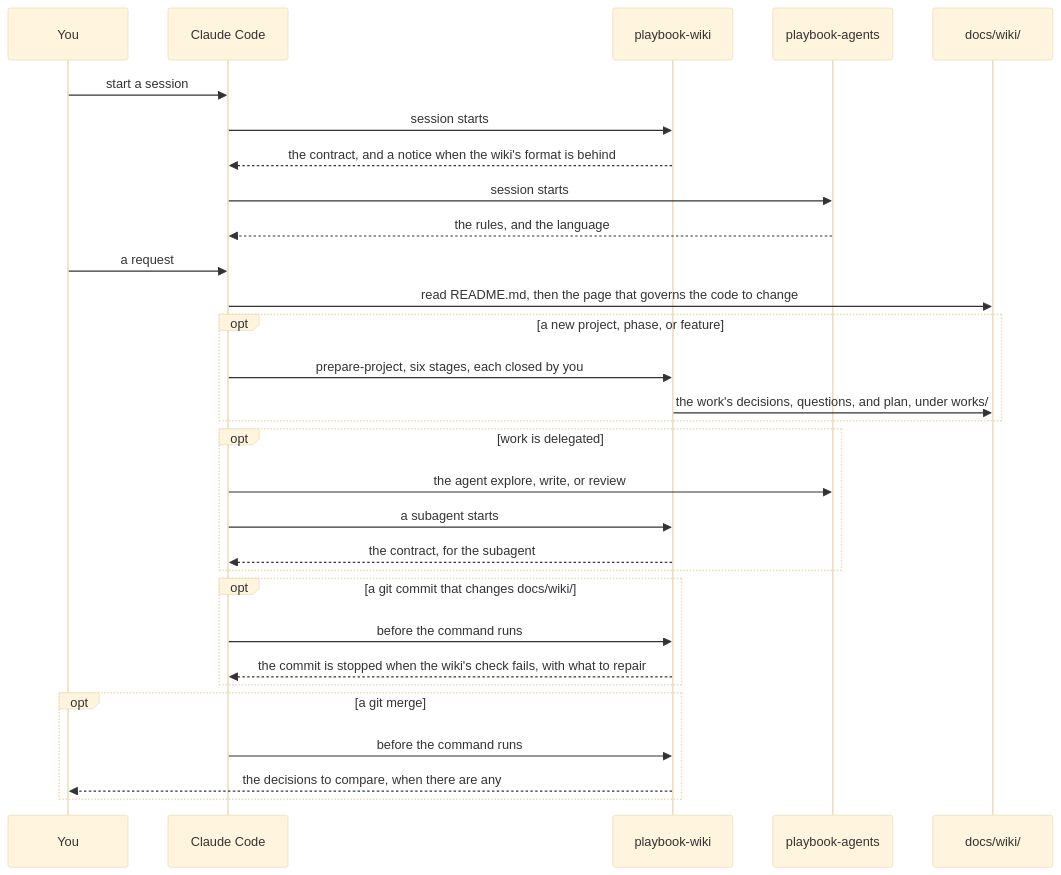
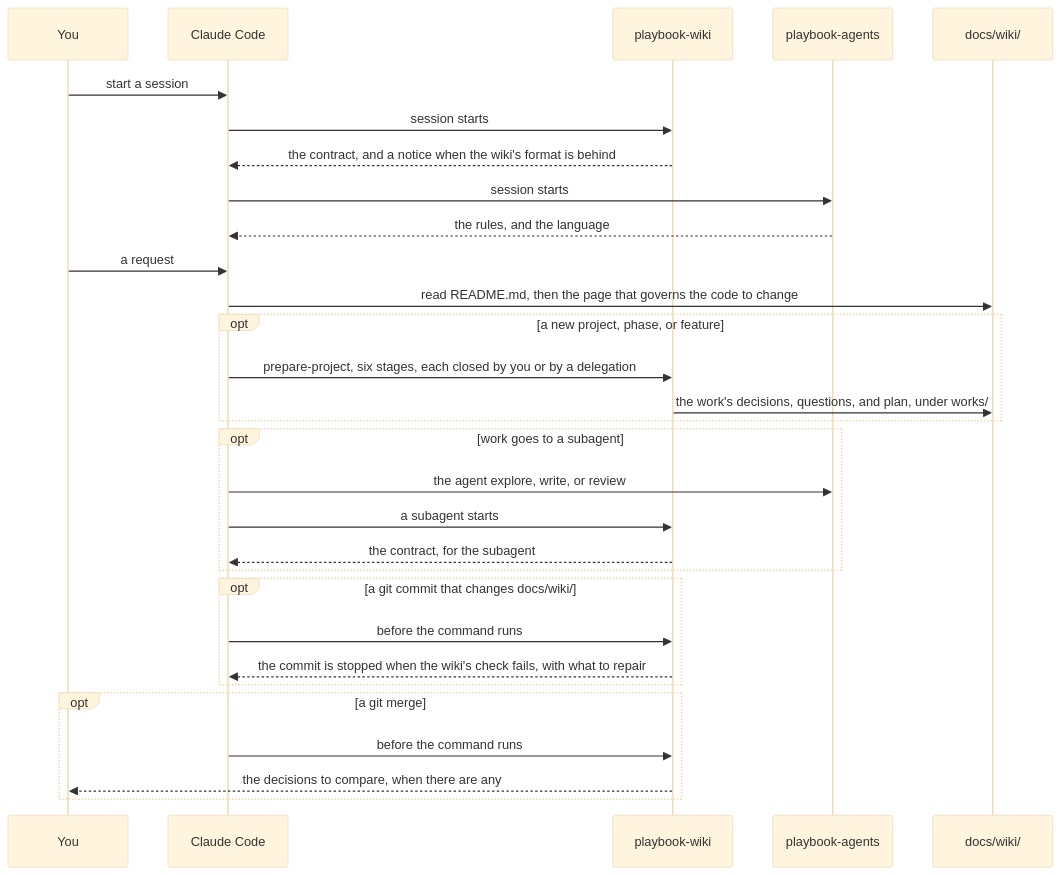
Before and after one commit to andresfrei/playbook: the second of 2 diagrams in docs/claude-code.md, drawn with Mermaid (base theme). The commit also changed 3 other files, not shown here.

````diff
--- a/docs/claude-code.md
+++ b/docs/claude-code.md
@@ -20,32 +20,32 @@
 ```mermaid
 sequenceDiagram
   participant You
   participant CC as Claude Code
   participant W as playbook-wiki
   participant A as playbook-agents
   participant Wiki as docs/wiki/
   You->>CC: start a session
   CC->>W: session starts
   W-->>CC: the contract, and a notice when the wiki's format is behind
   CC->>A: session starts
   A-->>CC: the rules, and the language
   You->>CC: a request
   CC->>Wiki: read README.md, then the page that governs the code to change
   opt a new project, phase, or feature
-    CC->>W: prepare-project, six stages, each closed by you
+    CC->>W: prepare-project, six stages, each closed by you or by a delegation
     W->>Wiki: the work's decisions, questions, and plan, under works/
   end
-  opt work is delegated
+  opt work goes to a subagent
     CC->>A: the agent explore, write, or review
     CC->>W: a subagent starts
     W-->>CC: the contract, for the subagent
   end
   opt a git commit that changes docs/wiki/
     CC->>W: before the command runs
     W-->>CC: the commit is stopped when the wiki's check fails, with what to repair
   end
   opt a git merge
     CC->>W: before the command runs
     W-->>You: the decisions to compare, when there are any
   end
 ```
````
